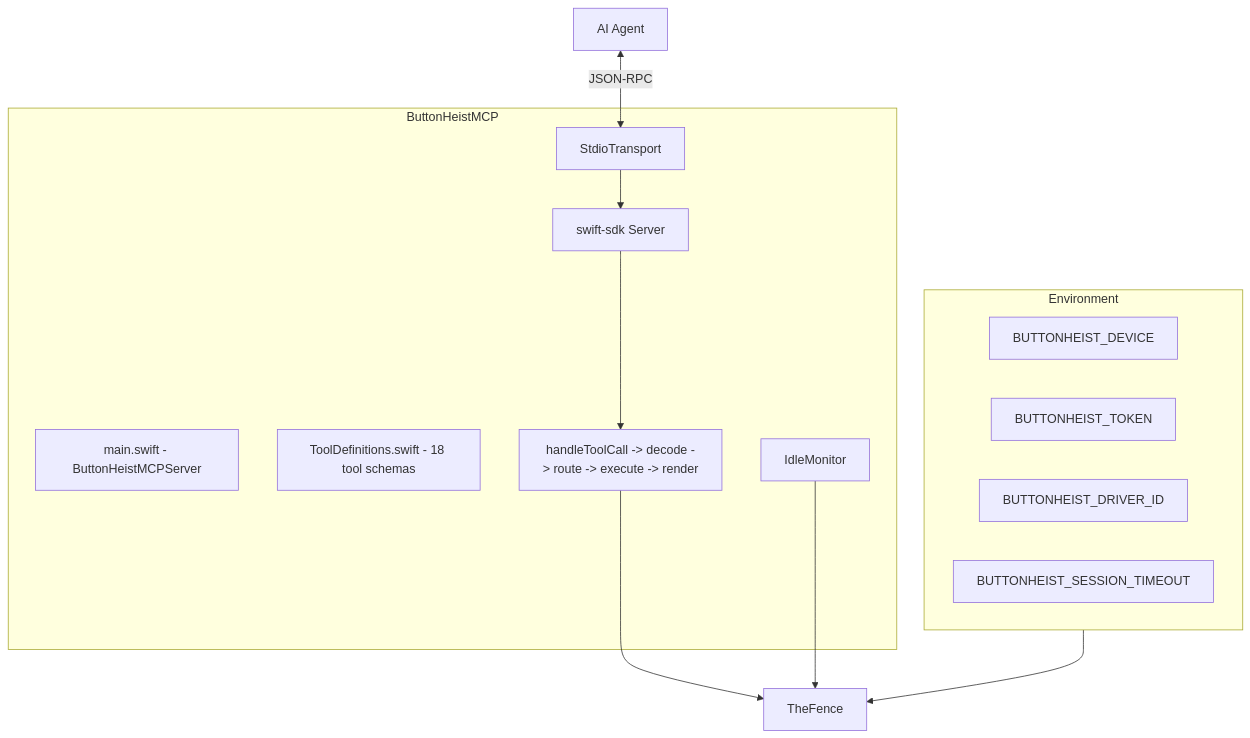
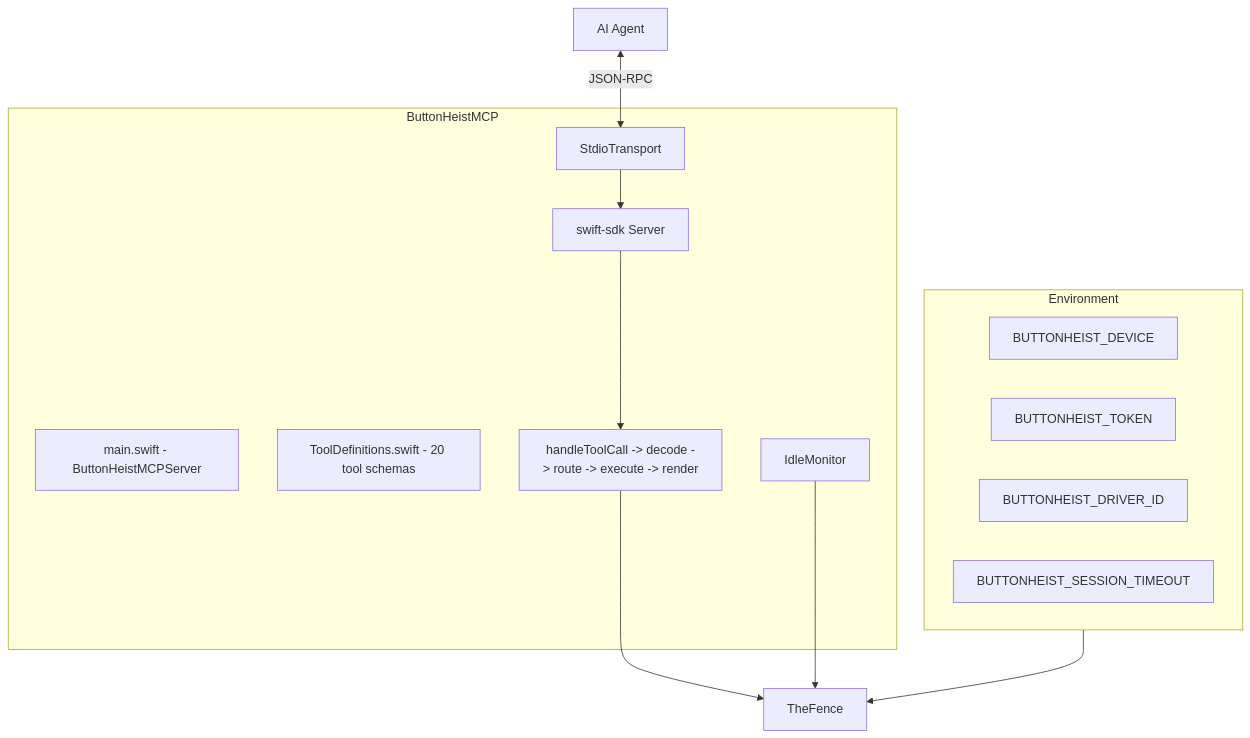
The diagram in docs/dossiers/12-MCP.md (RoyalPineapple/TheButtonHeist), drawn with Mermaid before and after one commit. The commit also changed other lines of this file and 13 other files, not shown here.

````diff
--- a/docs/dossiers/12-MCP.md
+++ b/docs/dossiers/12-MCP.md
@@ -19,25 +19,25 @@
 ```mermaid
 graph TD
     subgraph MCP["ButtonHeistMCP"]
         Main["main.swift - ButtonHeistMCPServer"]
         Server["swift-sdk Server"]
         Transport["StdioTransport"]
-        Tools["ToolDefinitions.swift - 18 tool schemas"]
+        Tools["ToolDefinitions.swift - 20 tool schemas"]
         Handler["handleToolCall -> decode -> route -> execute -> render"]
         Idle["IdleMonitor"]
     end
 
     subgraph Config["Environment"]
         Device["BUTTONHEIST_DEVICE"]
         Token["BUTTONHEIST_TOKEN"]
         Driver["BUTTONHEIST_DRIVER_ID"]
         Timeout["BUTTONHEIST_SESSION_TIMEOUT"]
     end
 
     Agent["AI Agent"] <-->|JSON-RPC| Transport
     Transport --> Server
     Server --> Handler
     Handler --> TheFence["TheFence"]
     Config --> TheFence
     Idle --> TheFence
 ```
````
